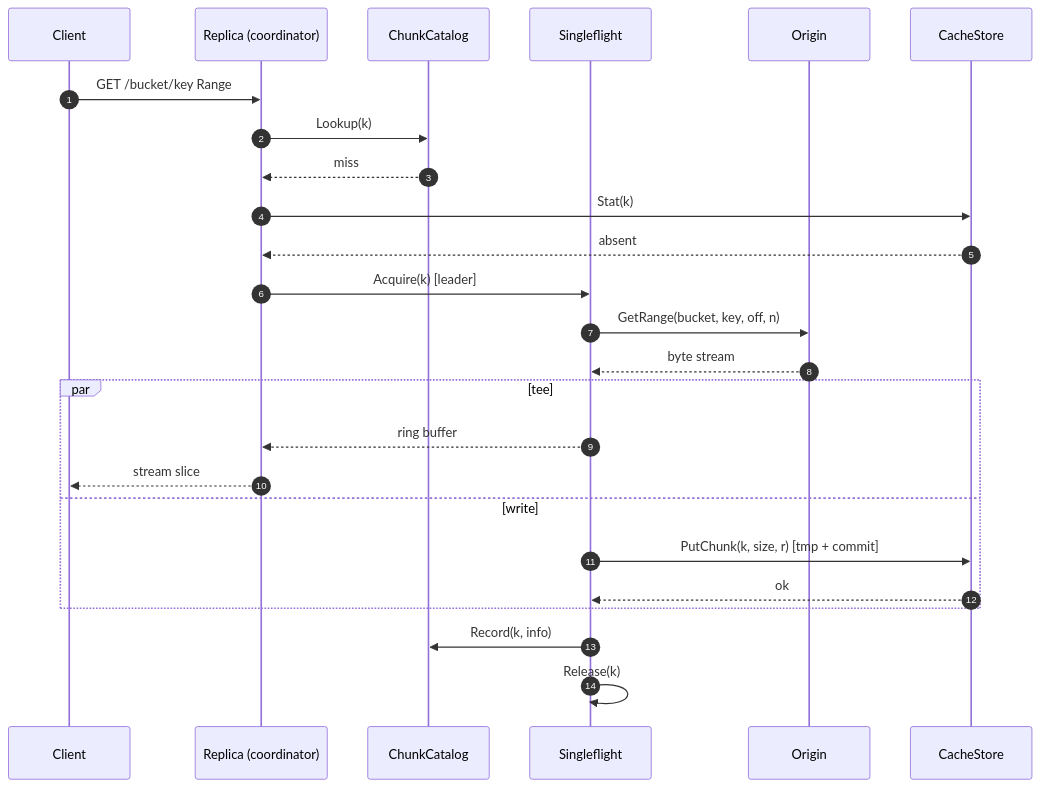
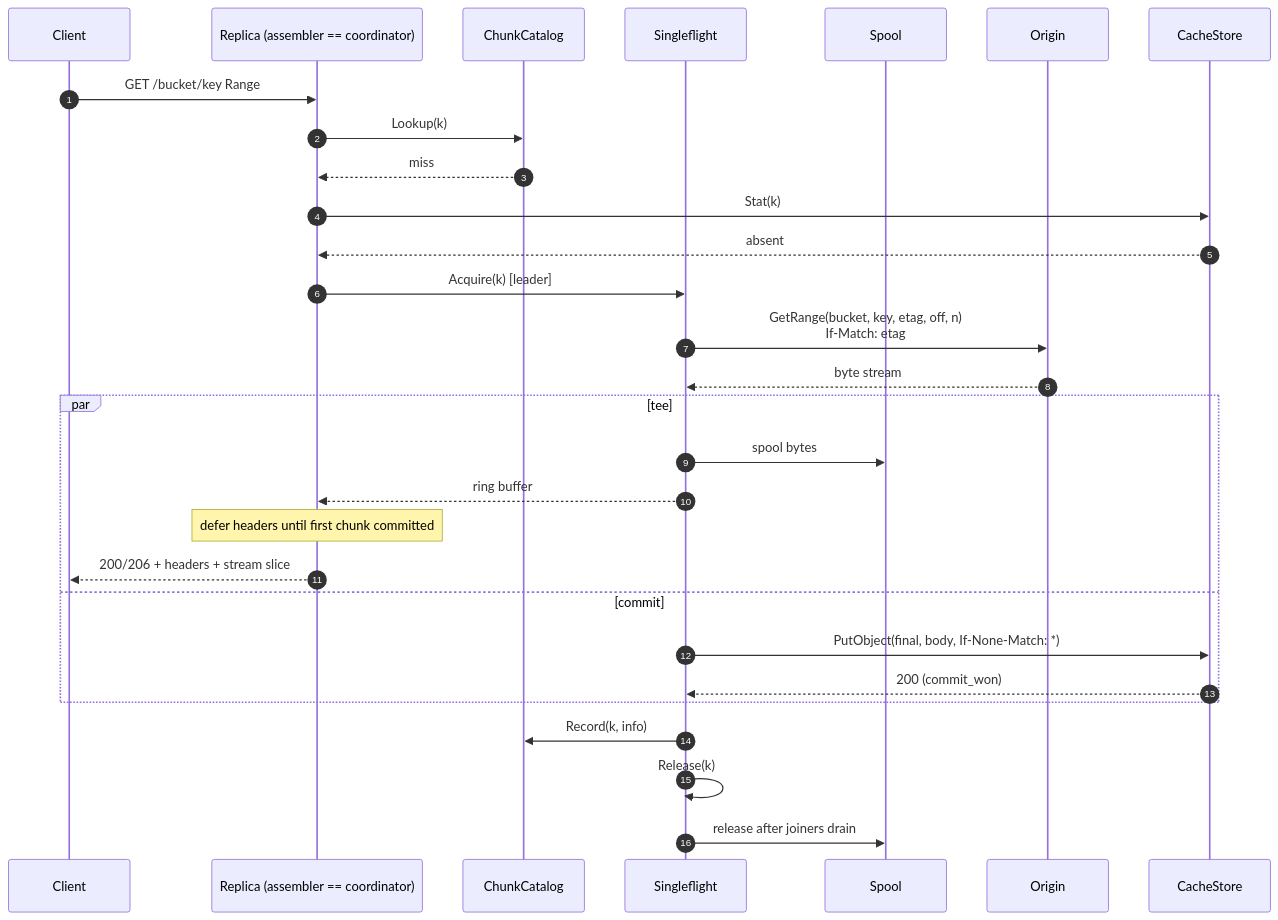
One commit to Azure/unbounded changed the fourth of 11 diagrams in designdocs/origincache/design.md. Above: the diagram before and after it, drawn with Mermaid. The commit also changed other lines of this file, not shown here.

````diff
--- a/designdocs/origincache/design.md
+++ b/designdocs/origincache/design.md
@@ -172,27 +240,31 @@
 ```mermaid
 sequenceDiagram
     autonumber
     participant C as Client
-    participant R as Replica (coordinator)
+    participant R as Replica (assembler == coordinator)
     participant Cat as ChunkCatalog
     participant SF as Singleflight
+    participant Sp as Spool
     participant O as Origin
     participant CS as CacheStore
     C->>R: GET /bucket/key Range
     R->>Cat: Lookup(k)
     Cat-->>R: miss
     R->>CS: Stat(k)
     CS-->>R: absent
     R->>SF: Acquire(k) [leader]
-    SF->>O: GetRange(bucket, key, off, n)
+    SF->>O: GetRange(bucket, key, etag, off, n)<br/>If-Match: etag
     O-->>SF: byte stream
     par tee
+        SF->>Sp: spool bytes
         SF-->>R: ring buffer
-        R-->>C: stream slice
-    and write
-        SF->>CS: PutChunk(k, size, r) [tmp + commit]
-        CS-->>SF: ok
+        Note over R: defer headers until first chunk committed
+        R-->>C: 200/206 + headers + stream slice
+    and commit
+        SF->>CS: PutObject(final, body, If-None-Match: *)
+        CS-->>SF: 200 (commit_won)
     end
     SF->>Cat: Record(k, info)
     SF->>SF: Release(k)
+    SF->>Sp: release after joiners drain
 ```
````
